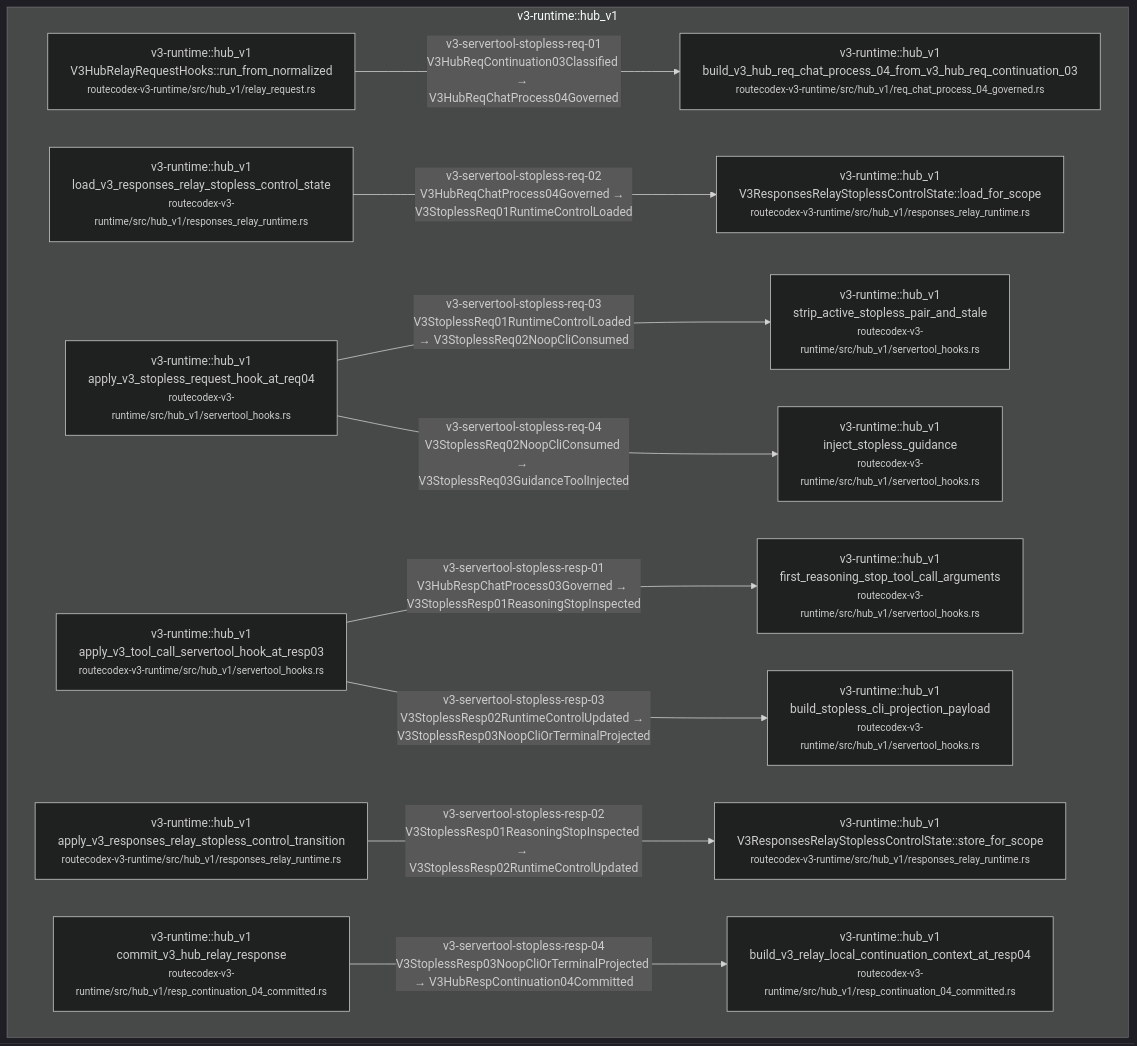
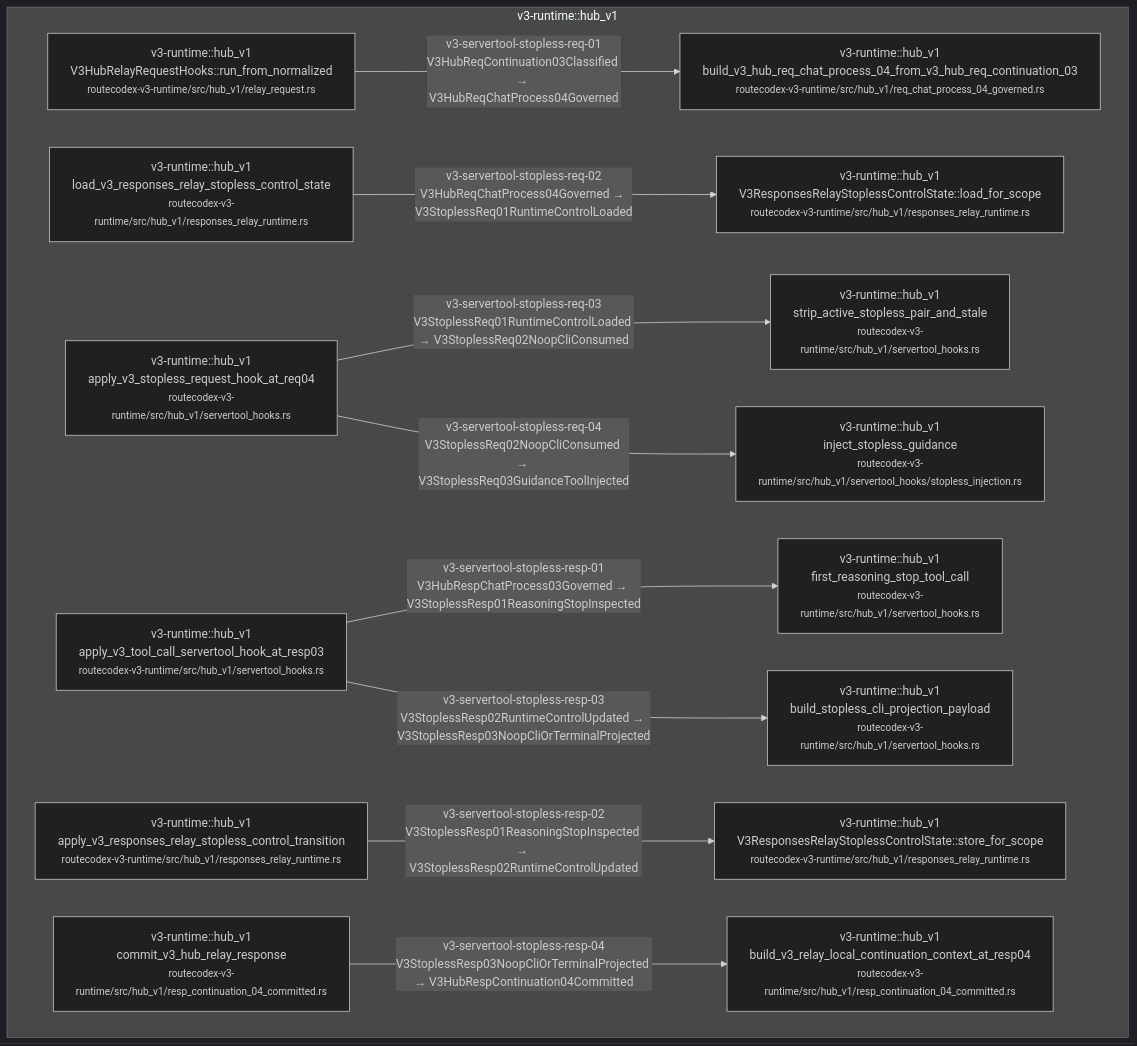
Before and after one commit to Jasonzhangf/routecodex: diagram 34 of 48 in docs/architecture/wiki/v3-mainline-caller-flow.md, drawn with Mermaid (dark theme). The commit also changed other lines of this file and 109 other files, not shown here.

````diff
--- a/docs/architecture/wiki/v3-mainline-caller-flow.md
+++ b/docs/architecture/wiki/v3-mainline-caller-flow.md
@@ -1389,27 +1422,27 @@
 ```mermaid
 flowchart TD
-  subgraph c_31_v3_servertool_hook_skeleton_lifecycle_m_v3_runtime__hub_v1["v3-runtime::hub_v1"]
-    c_31_v3_servertool_hook_skeleton_lifecycle_0["v3-runtime::hub_v1<br/>V3HubRelayRequestHooks::run_from_normalized<br/><small>routecodex-v3-runtime/src/hub_v1/relay_request.rs</small>"]
-    c_31_v3_servertool_hook_skeleton_lifecycle_1["v3-runtime::hub_v1<br/>build_v3_hub_req_chat_process_04_from_v3_hub_req_continuation_03<br/><small>routecodex-v3-runtime/src/hub_v1/req_chat_process_04_governed.rs</small>"]
-    c_31_v3_servertool_hook_skeleton_lifecycle_2["v3-runtime::hub_v1<br/>load_v3_responses_relay_stopless_control_state<br/><small>routecodex-v3-runtime/src/hub_v1/responses_relay_runtime.rs</small>"]
-    c_31_v3_servertool_hook_skeleton_lifecycle_3["v3-runtime::hub_v1<br/>V3ResponsesRelayStoplessControlState::load_for_scope<br/><small>routecodex-v3-runtime/src/hub_v1/responses_relay_runtime.rs</small>"]
-    c_31_v3_servertool_hook_skeleton_lifecycle_4["v3-runtime::hub_v1<br/>apply_v3_stopless_request_hook_at_req04<br/><small>routecodex-v3-runtime/src/hub_v1/servertool_hooks.rs</small>"]
-    c_31_v3_servertool_hook_skeleton_lifecycle_5["v3-runtime::hub_v1<br/>strip_active_stopless_pair_and_stale<br/><small>routecodex-v3-runtime/src/hub_v1/servertool_hooks.rs</small>"]
-    c_31_v3_servertool_hook_skeleton_lifecycle_6["v3-runtime::hub_v1<br/>inject_stopless_guidance<br/><small>routecodex-v3-runtime/src/hub_v1/servertool_hooks.rs</small>"]
-    c_31_v3_servertool_hook_skeleton_lifecycle_7["v3-runtime::hub_v1<br/>apply_v3_tool_call_servertool_hook_at_resp03<br/><small>routecodex-v3-runtime/src/hub_v1/servertool_hooks.rs</small>"]
-    c_31_v3_servertool_hook_skeleton_lifecycle_8["v3-runtime::hub_v1<br/>first_reasoning_stop_tool_call_arguments<br/><small>routecodex-v3-runtime/src/hub_v1/servertool_hooks.rs</small>"]
-    c_31_v3_servertool_hook_skeleton_lifecycle_9["v3-runtime::hub_v1<br/>apply_v3_responses_relay_stopless_control_transition<br/><small>routecodex-v3-runtime/src/hub_v1/responses_relay_runtime.rs</small>"]
-    c_31_v3_servertool_hook_skeleton_lifecycle_10["v3-runtime::hub_v1<br/>V3ResponsesRelayStoplessControlState::store_for_scope<br/><small>routecodex-v3-runtime/src/hub_v1/responses_relay_runtime.rs</small>"]
-    c_31_v3_servertool_hook_skeleton_lifecycle_11["v3-runtime::hub_v1<br/>build_stopless_cli_projection_payload<br/><small>routecodex-v3-runtime/src/hub_v1/servertool_hooks.rs</small>"]
-    c_31_v3_servertool_hook_skeleton_lifecycle_12["v3-runtime::hub_v1<br/>commit_v3_hub_relay_response<br/><small>routecodex-v3-runtime/src/hub_v1/resp_continuation_04_committed.rs</small>"]
-    c_31_v3_servertool_hook_skeleton_lifecycle_13["v3-runtime::hub_v1<br/>build_v3_relay_local_continuation_context_at_resp04<br/><small>routecodex-v3-runtime/src/hub_v1/resp_continuation_04_committed.rs</small>"]
+  subgraph c_32_v3_servertool_hook_skeleton_lifecycle_m_v3_runtime__hub_v1["v3-runtime::hub_v1"]
+    c_32_v3_servertool_hook_skeleton_lifecycle_0["v3-runtime::hub_v1<br/>V3HubRelayRequestHooks::run_from_normalized<br/><small>routecodex-v3-runtime/src/hub_v1/relay_request.rs</small>"]
+    c_32_v3_servertool_hook_skeleton_lifecycle_1["v3-runtime::hub_v1<br/>build_v3_hub_req_chat_process_04_from_v3_hub_req_continuation_03<br/><small>routecodex-v3-runtime/src/hub_v1/req_chat_process_04_governed.rs</small>"]
+    c_32_v3_servertool_hook_skeleton_lifecycle_2["v3-runtime::hub_v1<br/>load_v3_responses_relay_stopless_control_state<br/><small>routecodex-v3-runtime/src/hub_v1/responses_relay_runtime.rs</small>"]
+    c_32_v3_servertool_hook_skeleton_lifecycle_3["v3-runtime::hub_v1<br/>V3ResponsesRelayStoplessControlState::load_for_scope<br/><small>routecodex-v3-runtime/src/hub_v1/responses_relay_runtime.rs</small>"]
+    c_32_v3_servertool_hook_skeleton_lifecycle_4["v3-runtime::hub_v1<br/>apply_v3_stopless_request_hook_at_req04<br/><small>routecodex-v3-runtime/src/hub_v1/servertool_hooks.rs</small>"]
+    c_32_v3_servertool_hook_skeleton_lifecycle_5["v3-runtime::hub_v1<br/>strip_active_stopless_pair_and_stale<br/><small>routecodex-v3-runtime/src/hub_v1/servertool_hooks.rs</small>"]
+    c_32_v3_servertool_hook_skeleton_lifecycle_6["v3-runtime::hub_v1<br/>inject_stopless_guidance<br/><small>routecodex-v3-runtime/src/hub_v1/servertool_hooks/stopless_injection.rs</small>"]
+    c_32_v3_servertool_hook_skeleton_lifecycle_7["v3-runtime::hub_v1<br/>apply_v3_tool_call_servertool_hook_at_resp03<br/><small>routecodex-v3-runtime/src/hub_v1/servertool_hooks.rs</small>"]
+    c_32_v3_servertool_hook_skeleton_lifecycle_8["v3-runtime::hub_v1<br/>first_reasoning_stop_tool_call<br/><small>routecodex-v3-runtime/src/hub_v1/servertool_hooks.rs</small>"]
+    c_32_v3_servertool_hook_skeleton_lifecycle_9["v3-runtime::hub_v1<br/>apply_v3_responses_relay_stopless_control_transition<br/><small>routecodex-v3-runtime/src/hub_v1/responses_relay_runtime.rs</small>"]
+    c_32_v3_servertool_hook_skeleton_lifecycle_10["v3-runtime::hub_v1<br/>V3ResponsesRelayStoplessControlState::store_for_scope<br/><small>routecodex-v3-runtime/src/hub_v1/responses_relay_runtime.rs</small>"]
+    c_32_v3_servertool_hook_skeleton_lifecycle_11["v3-runtime::hub_v1<br/>build_stopless_cli_projection_payload<br/><small>routecodex-v3-runtime/src/hub_v1/servertool_hooks.rs</small>"]
+    c_32_v3_servertool_hook_skeleton_lifecycle_12["v3-runtime::hub_v1<br/>commit_v3_hub_relay_response<br/><small>routecodex-v3-runtime/src/hub_v1/resp_continuation_04_committed.rs</small>"]
+    c_32_v3_servertool_hook_skeleton_lifecycle_13["v3-runtime::hub_v1<br/>build_v3_relay_local_continuation_context_at_resp04<br/><small>routecodex-v3-runtime/src/hub_v1/resp_continuation_04_committed.rs</small>"]
   end
-  c_31_v3_servertool_hook_skeleton_lifecycle_0 -->|v3-servertool-stopless-req-01<br/>V3HubReqContinuation03Classified → V3HubReqChatProcess04Governed| c_31_v3_servertool_hook_skeleton_lifecycle_1
-  c_31_v3_servertool_hook_skeleton_lifecycle_2 -->|v3-servertool-stopless-req-02<br/>V3HubReqChatProcess04Governed → V3StoplessReq01RuntimeControlLoaded| c_31_v3_servertool_hook_skeleton_lifecycle_3
-  c_31_v3_servertool_hook_skeleton_lifecycle_4 -->|v3-servertool-stopless-req-03<br/>V3StoplessReq01RuntimeControlLoaded → V3StoplessReq02NoopCliConsumed| c_31_v3_servertool_hook_skeleton_lifecycle_5
-  c_31_v3_servertool_hook_skeleton_lifecycle_4 -->|v3-servertool-stopless-req-04<br/>V3StoplessReq02NoopCliConsumed → V3StoplessReq03GuidanceToolInjected| c_31_v3_servertool_hook_skeleton_lifecycle_6
-  c_31_v3_servertool_hook_skeleton_lifecycle_7 -->|v3-servertool-stopless-resp-01<br/>V3HubRespChatProcess03Governed → V3StoplessResp01ReasoningStopInspected| c_31_v3_servertool_hook_skeleton_lifecycle_8
-  c_31_v3_servertool_hook_skeleton_lifecycle_9 -->|v3-servertool-stopless-resp-02<br/>V3StoplessResp01ReasoningStopInspected → V3StoplessResp02RuntimeControlUpdated| c_31_v3_servertool_hook_skeleton_lifecycle_10
-  c_31_v3_servertool_hook_skeleton_lifecycle_7 -->|v3-servertool-stopless-resp-03<br/>V3StoplessResp02RuntimeControlUpdated → V3StoplessResp03NoopCliOrTerminalProjected| c_31_v3_servertool_hook_skeleton_lifecycle_11
-  c_31_v3_servertool_hook_skeleton_lifecycle_12 -->|v3-servertool-stopless-resp-04<br/>V3StoplessResp03NoopCliOrTerminalProjected → V3HubRespContinuation04Committed| c_31_v3_servertool_hook_skeleton_lifecycle_13
+  c_32_v3_servertool_hook_skeleton_lifecycle_0 -->|v3-servertool-stopless-req-01<br/>V3HubReqContinuation03Classified → V3HubReqChatProcess04Governed| c_32_v3_servertool_hook_skeleton_lifecycle_1
+  c_32_v3_servertool_hook_skeleton_lifecycle_2 -->|v3-servertool-stopless-req-02<br/>V3HubReqChatProcess04Governed → V3StoplessReq01RuntimeControlLoaded| c_32_v3_servertool_hook_skeleton_lifecycle_3
+  c_32_v3_servertool_hook_skeleton_lifecycle_4 -->|v3-servertool-stopless-req-03<br/>V3StoplessReq01RuntimeControlLoaded → V3StoplessReq02NoopCliConsumed| c_32_v3_servertool_hook_skeleton_lifecycle_5
+  c_32_v3_servertool_hook_skeleton_lifecycle_4 -->|v3-servertool-stopless-req-04<br/>V3StoplessReq02NoopCliConsumed → V3StoplessReq03GuidanceToolInjected| c_32_v3_servertool_hook_skeleton_lifecycle_6
+  c_32_v3_servertool_hook_skeleton_lifecycle_7 -->|v3-servertool-stopless-resp-01<br/>V3HubRespChatProcess03Governed → V3StoplessResp01ReasoningStopInspected| c_32_v3_servertool_hook_skeleton_lifecycle_8
+  c_32_v3_servertool_hook_skeleton_lifecycle_9 -->|v3-servertool-stopless-resp-02<br/>V3StoplessResp01ReasoningStopInspected → V3StoplessResp02RuntimeControlUpdated| c_32_v3_servertool_hook_skeleton_lifecycle_10
+  c_32_v3_servertool_hook_skeleton_lifecycle_7 -->|v3-servertool-stopless-resp-03<br/>V3StoplessResp02RuntimeControlUpdated → V3StoplessResp03NoopCliOrTerminalProjected| c_32_v3_servertool_hook_skeleton_lifecycle_11
+  c_32_v3_servertool_hook_skeleton_lifecycle_12 -->|v3-servertool-stopless-resp-04<br/>V3StoplessResp03NoopCliOrTerminalProjected → V3HubRespContinuation04Committed| c_32_v3_servertool_hook_skeleton_lifecycle_13
 ```
````
